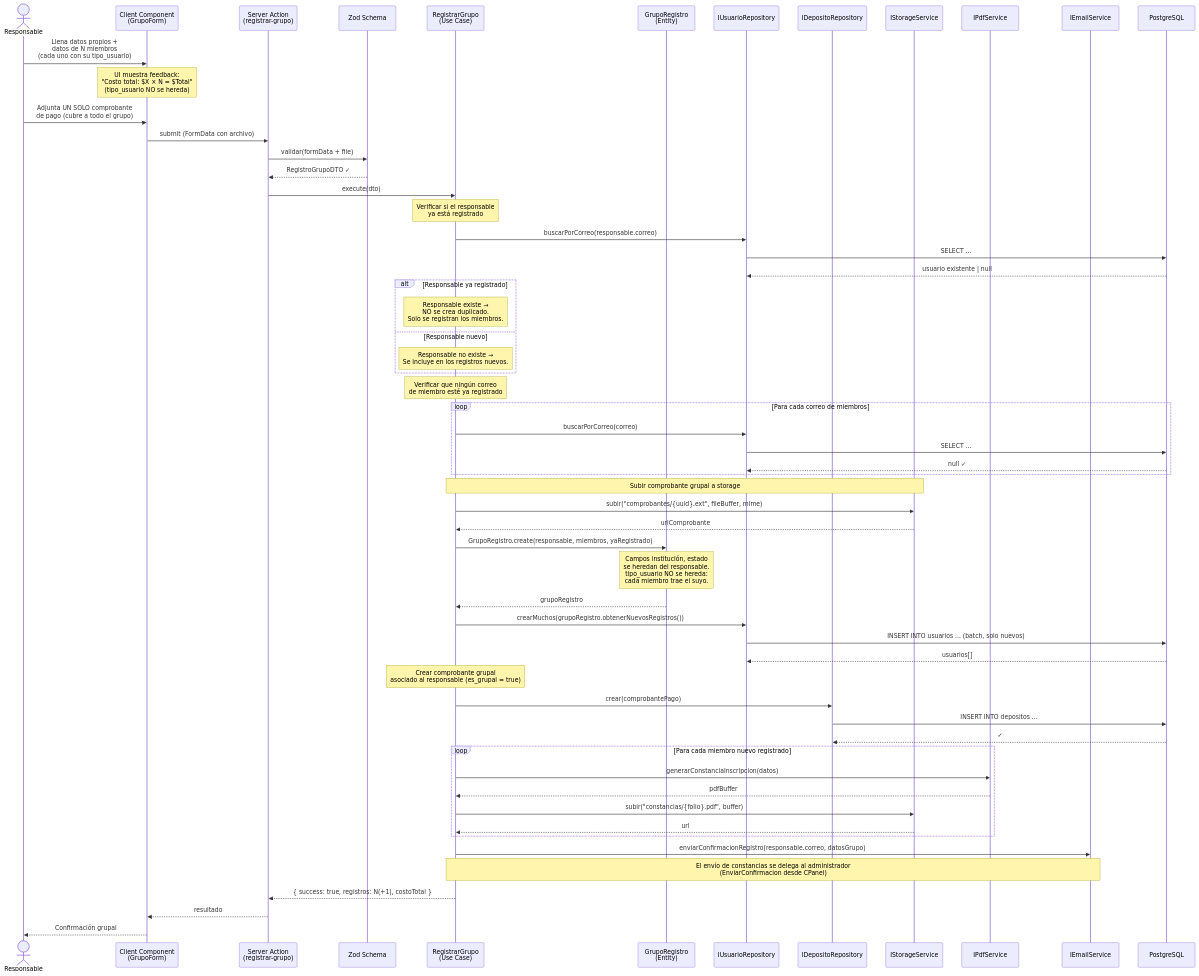
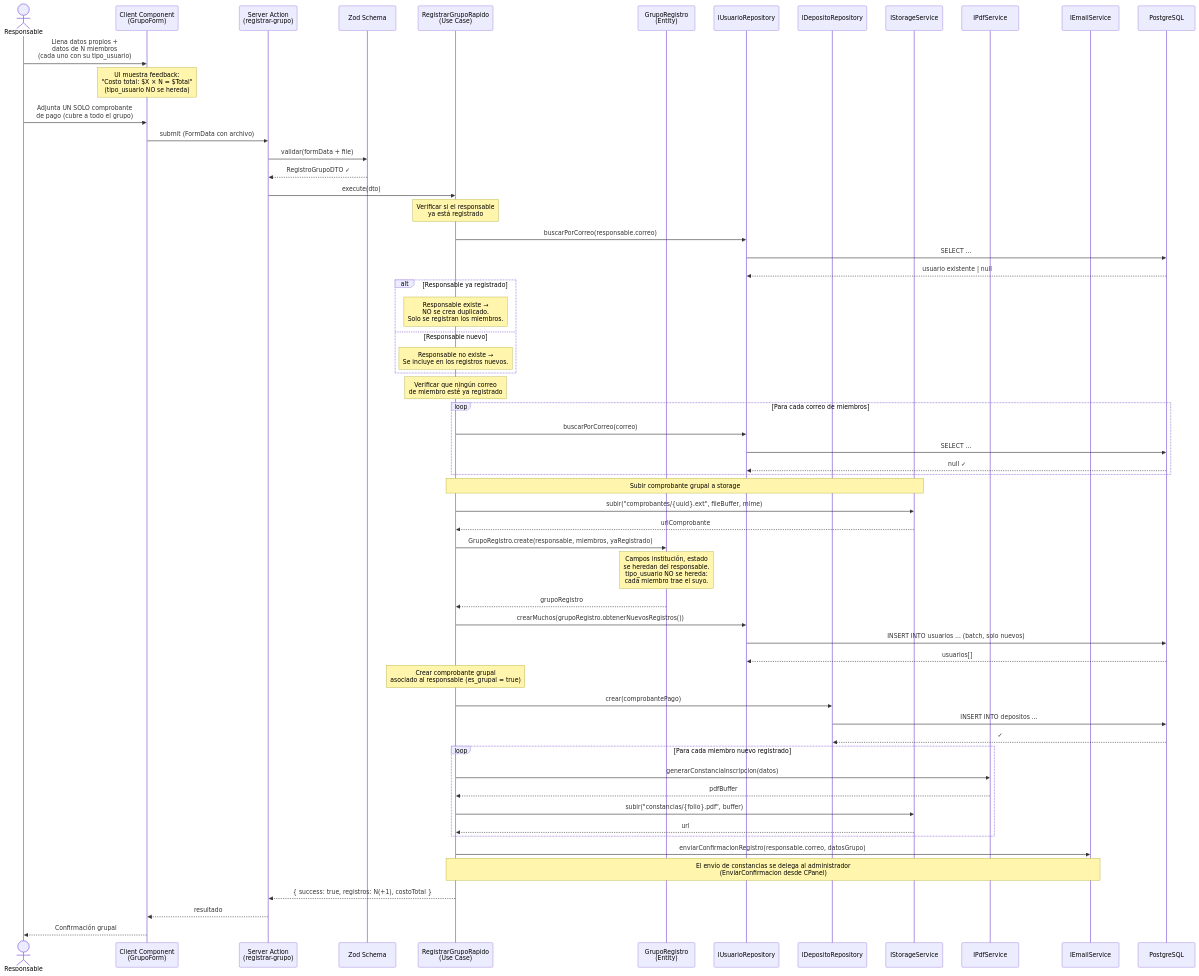
The sixth of 14 diagrams in docs/DESIGN.md (iKinoo/aniei-registro-2026), drawn with Mermaid before and after one commit. The commit also changed other lines of this file and 7 other files, not shown here.

Commit message:
refactor: group registration flow to use RegistrarGrupoRapido and remove legacy components

````diff
--- a/docs/DESIGN.md
+++ b/docs/DESIGN.md
@@ -753,75 +753,75 @@
 ```mermaid
 sequenceDiagram
     actor R as Responsable
     participant CC as Client Component<br/>(GrupoForm)
     participant SA as Server Action<br/>(registrar-grupo)
     participant Val as Zod Schema
-    participant UC as RegistrarGrupo<br/>(Use Case)
+    participant UC as RegistrarGrupoRapido<br/>(Use Case)
     participant Dom as GrupoRegistro<br/>(Entity)
     participant Repo as IUsuarioRepository
     participant CompRepo as IDepositoRepository
     participant Store as IStorageService
     participant PDF as IPdfService
     participant Mail as IEmailService
     participant DB as PostgreSQL
 
     R->>CC: Llena datos propios +<br/>datos de N miembros<br/>(cada uno con su tipo_usuario)
     Note over CC: UI muestra feedback:<br/>"Costo total: $X × N = $Total"<br/>(tipo_usuario NO se hereda)
     R->>CC: Adjunta UN SOLO comprobante<br/>de pago (cubre a todo el grupo)
     CC->>SA: submit (FormData con archivo)
     SA->>Val: validar(formData + file)
     Val-->>SA: RegistroGrupoDTO ✓
 
     SA->>UC: execute(dto)
 
     Note over UC: Verificar si el responsable<br/>ya está registrado
     UC->>Repo: buscarPorCorreo(responsable.correo)
     Repo->>DB: SELECT ...
     DB-->>Repo: usuario existente | null
 
     alt Responsable ya registrado
         Note over UC: Responsable existe →<br/>NO se crea duplicado.<br/>Solo se registran los miembros.
     else Responsable nuevo
         Note over UC: Responsable no existe →<br/>Se incluye en los registros nuevos.
     end
 
     Note over UC: Verificar que ningún correo<br/>de miembro esté ya registrado
     loop Para cada correo de miembros
         UC->>Repo: buscarPorCorreo(correo)
         Repo->>DB: SELECT ...
         DB-->>Repo: null ✓
     end
 
     Note over UC,Store: Subir comprobante grupal a storage
     UC->>Store: subir("comprobantes/{uuid}.ext", fileBuffer, mime)
     Store-->>UC: urlComprobante
 
     UC->>Dom: GrupoRegistro.create(responsable, miembros, yaRegistrado)
     Note over Dom: Campos institución, estado<br/>se heredan del responsable.<br/>tipo_usuario NO se hereda:<br/>cada miembro trae el suyo.
 
     Dom-->>UC: grupoRegistro
 
     UC->>Repo: crearMuchos(grupoRegistro.obtenerNuevosRegistros())
     Repo->>DB: INSERT INTO usuarios ... (batch, solo nuevos)
     DB-->>Repo: usuarios[]
 
     Note over UC: Crear comprobante grupal<br/>asociado al responsable (es_grupal = true)
     UC->>CompRepo: crear(comprobantePago)
     CompRepo->>DB: INSERT INTO depositos ...
     DB-->>CompRepo: ✓
 
     loop Para cada miembro nuevo registrado
         UC->>PDF: generarConstanciaInscripcion(datos)
         PDF-->>UC: pdfBuffer
         UC->>Store: subir("constancias/{folio}.pdf", buffer)
         Store-->>UC: url
     end
 
     UC->>Mail: enviarConfirmacionRegistro(responsable.correo, datosGrupo)
     
     Note over UC,Mail: El envío de constancias se delega al administrador<br/>(EnviarConfirmacion desde CPanel)
 
     UC-->>SA: { success: true, registros: N(+1), costoTotal }
     SA-->>CC: resultado
     CC-->>R: Confirmación grupal
 ```
````
